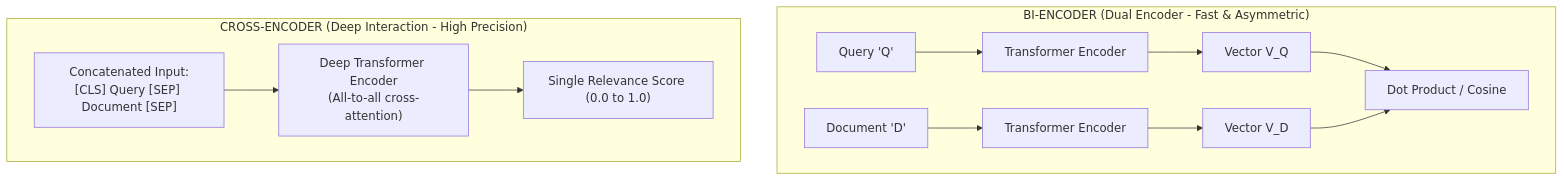
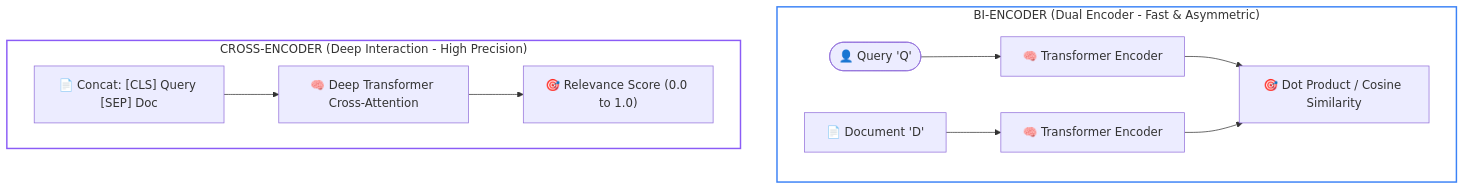
One commit to dip4k/senior-engineer-to-ai-engineer-roadmap changed the third of 3 diagrams in 02-rag-and-knowledge-systems/04-reciprocal-rank-fusion-and-cross-encoders.md. Above: the diagram before and after it, drawn with Mermaid. The commit also changed other lines of this file and 39 other files, not shown here.

First line of the commit message:
feat(curriculum): upgrade mermaid diagrams with unicode icons & codify anti-bloat layout rules

````diff
--- a/02-rag-and-knowledge-systems/04-reciprocal-rank-fusion-and-cross-encoders.md
+++ b/02-rag-and-knowledge-systems/04-reciprocal-rank-fusion-and-cross-encoders.md
@@ -138,15 +140,16 @@
 ```mermaid
 flowchart TD
     subgraph BiEncoder["BI-ENCODER (Dual Encoder - Fast & Asymmetric)"]
-        Q1["Query 'Q'"] --> E1["Transformer Encoder"] --> V_Q["Vector V_Q"]
-        D1["Document 'D'"] --> E2["Transformer Encoder"] --> V_D["Vector V_D"]
-        V_Q --> Sim["Dot Product / Cosine"]
-        V_D --> Sim
+        Q1(["👤 Query 'Q'"]) --> E1["🧠 Transformer Encoder"]
+        D1["📄 Document 'D'"] --> E2["🧠 Transformer Encoder"]
+        E1 --> Sim["🎯 Dot Product / Cosine Similarity"]
+        E2 --> Sim
     end
 
     subgraph CrossEncoder["CROSS-ENCODER (Deep Interaction - High Precision)"]
-        Concat["Concatenated Input:<br>[CLS] Query [SEP] Document [SEP]"]
-        Concat --> FullTrans["Deep Transformer Encoder<br>(All-to-all cross-attention)"]
-        FullTrans --> Score["Single Relevance Score (0.0 to 1.0)"]
+        Concat["📄 Concat: [CLS] Query [SEP] Doc"] --> FullTrans["🧠 Deep Transformer Cross-Attention"]
+        FullTrans --> Score["🎯 Relevance Score (0.0 to 1.0)"]
     end
+    style BiEncoder fill:none,stroke:#3b82f6,stroke-width:2px;
+    style CrossEncoder fill:none,stroke:#8b5cf6,stroke-width:2px;
 ```
````
